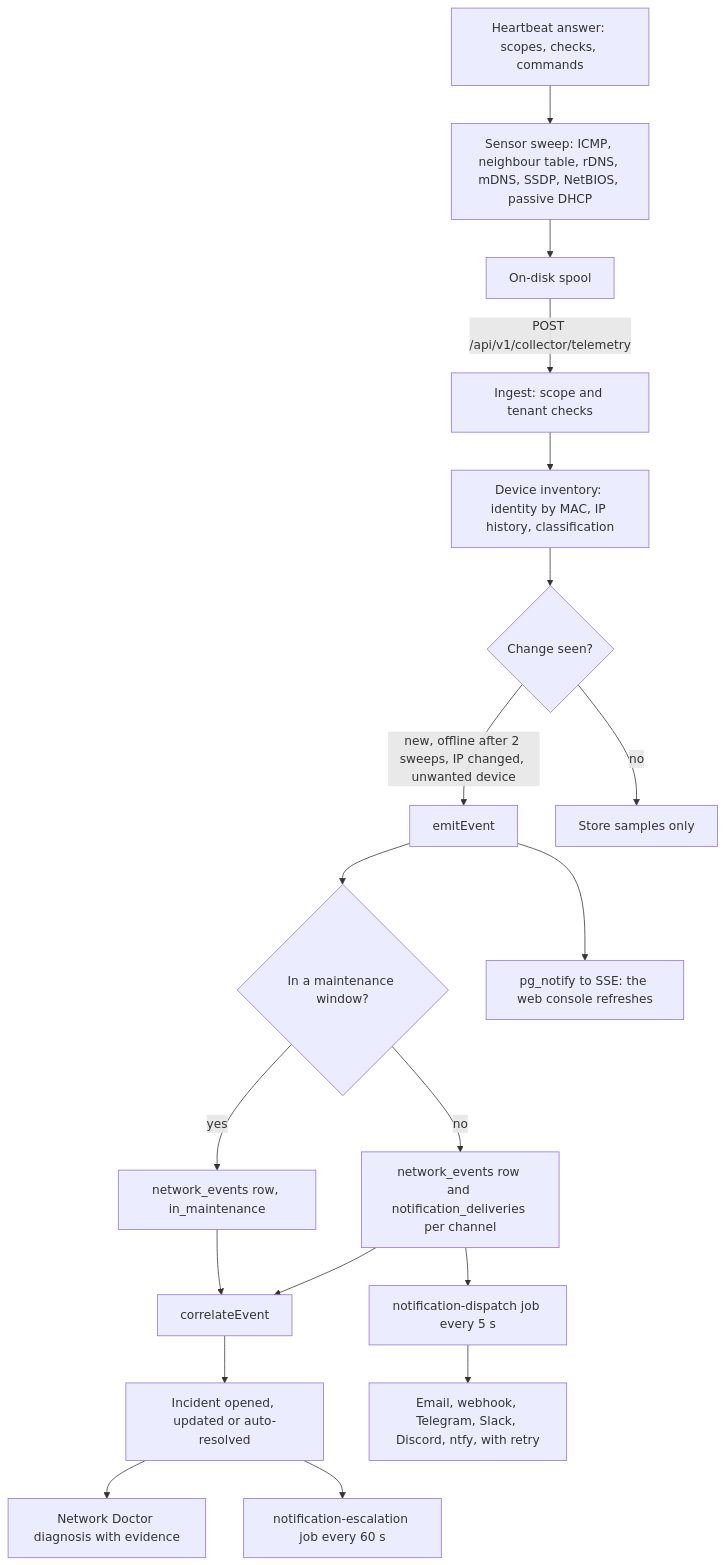
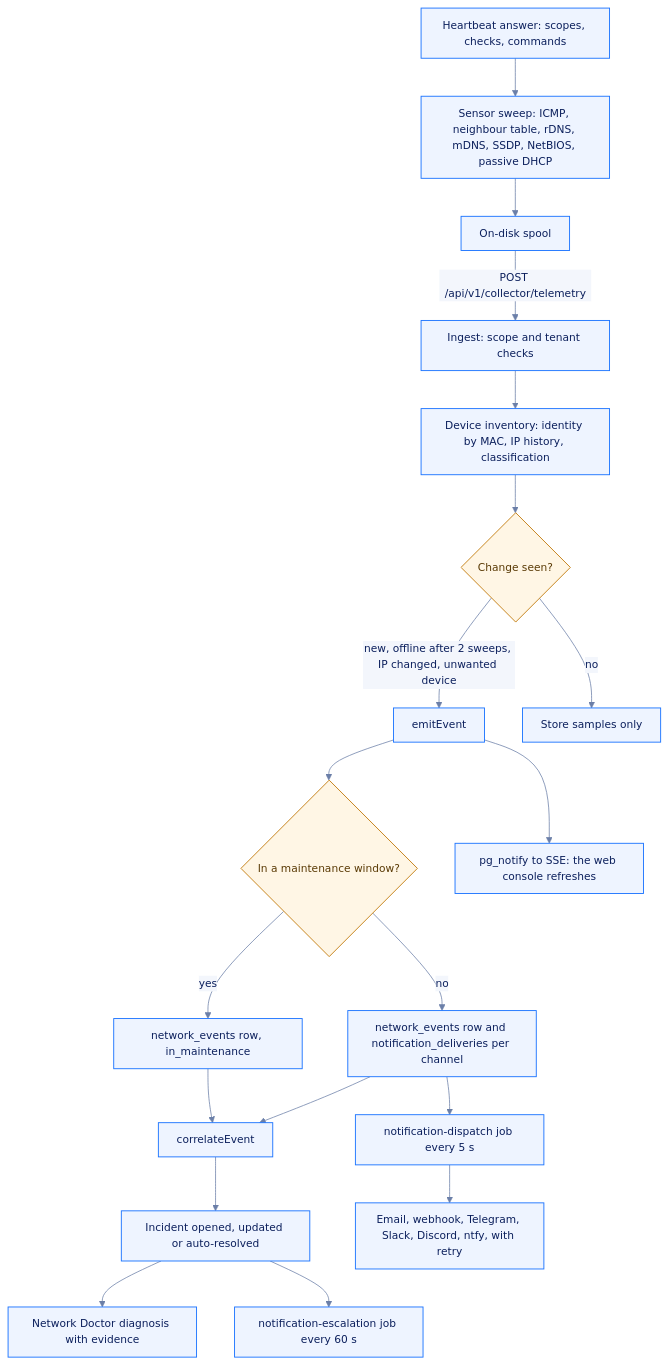
One commit to MKhattab7050/nigafiy-platform changed the second of 11 diagrams in docs/architecture/flowcharts.md. Above: the diagram before and after it, drawn with Mermaid. The commit also changed other lines of this file, not shown here.

First line of the commit message:
Flowcharts: brand-themed Mermaid and the illustrated figures on top of the key sections

````diff
--- a/docs/architecture/flowcharts.md
+++ b/docs/architecture/flowcharts.md
@@ -78,21 +106,29 @@
 ```mermaid
+%%{init: {"theme": "base", "themeVariables": {"fontFamily": "-apple-system, BlinkMacSystemFont, Segoe UI, Noto Sans, Helvetica, Arial, sans-serif", "fontSize": "14px", "primaryColor": "#EEF4FF", "primaryTextColor": "#0B1F5C", "primaryBorderColor": "#1A73FF", "secondaryColor": "#F3F6FC", "tertiaryColor": "#FFFFFF", "lineColor": "#6B7FA8", "textColor": "#6B7FA8", "titleColor": "#6B7FA8", "clusterBkg": "#F7F9FE", "clusterBorder": "#9DB4E8", "edgeLabelBackground": "#F3F6FC", "actorBkg": "#EEF4FF", "actorBorder": "#1A73FF", "actorTextColor": "#0B1F5C", "actorLineColor": "#9DB4E8", "signalColor": "#6B7FA8", "signalTextColor": "#6B7FA8", "labelBoxBkgColor": "#EEF4FF", "labelBoxBorderColor": "#1A73FF", "labelTextColor": "#0B1F5C", "loopTextColor": "#6B7FA8", "noteBkgColor": "#FFF6E5", "noteBorderColor": "#C27C0E", "noteTextColor": "#5A3A05", "activationBkgColor": "#DCE8FF", "activationBorderColor": "#1A73FF", "sequenceNumberColor": "#FFFFFF"}, "flowchart": {"curve": "basis", "padding": 12}}}%%
 flowchart TD
   CFG["Heartbeat answer: scopes, checks, commands"] --> SWEEP
   SWEEP["Sensor sweep: ICMP, neighbour table, rDNS, mDNS, SSDP, NetBIOS, passive DHCP"] --> SPOOL["On-disk spool"]
   SPOOL -->|"POST /api/v1/collector/telemetry"| INGEST["Ingest: scope and tenant checks"]
   INGEST --> INV["Device inventory: identity by MAC, IP history, classification"]
   INV --> RULES{"Change seen?"}
   RULES -->|"new, offline after 2 sweeps, IP changed, unwanted device"| EMIT["emitEvent"]
   RULES -->|no| DONE["Store samples only"]
   EMIT --> MW{"In a maintenance window?"}
   MW -->|yes| EV1["network_events row, in_maintenance"]
   MW -->|no| EV2["network_events row and notification_deliveries per channel"]
   EV1 --> CORR["correlateEvent"]
   EV2 --> CORR
   CORR --> INC["Incident opened, updated or auto-resolved"]
   INC --> DOC["Network Doctor diagnosis with evidence"]
   EV2 --> DISP["notification-dispatch job every 5 s"]
   DISP --> CH["Email, webhook, Telegram, Slack, Discord, ntfy, with retry"]
   INC --> ESC["notification-escalation job every 60 s"]
   EMIT --> SSE["pg_notify to SSE: the web console refreshes"]
+  classDef default fill:#EEF4FF,stroke:#1A73FF,stroke-width:1.2px,color:#0B1F5C
+  classDef decision fill:#FFF6E5,stroke:#C27C0E,stroke-width:1.2px,color:#5A3A05
+  classDef data fill:#E3F5F9,stroke:#0099BC,stroke-width:1.2px,color:#053F4D
+  classDef external fill:#F3F6FC,stroke:#6B7FA8,stroke-width:1.2px,stroke-dasharray:4 3,color:#0B1F5C
+  classDef refused fill:#FDECEC,stroke:#D13438,stroke-width:1.2px,color:#7A1C1F
+  classDef good fill:#E8F5EA,stroke:#2E8540,stroke-width:1.2px,color:#17461F
+  class RULES,MW decision
 ```
````
